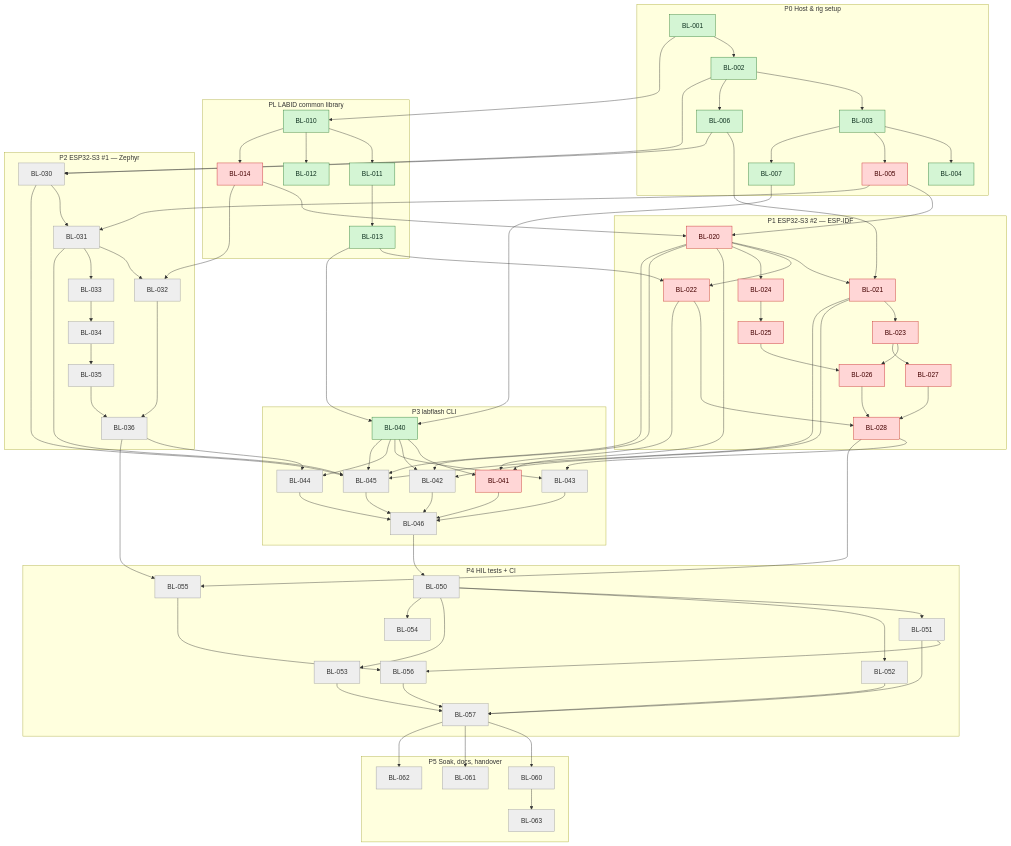
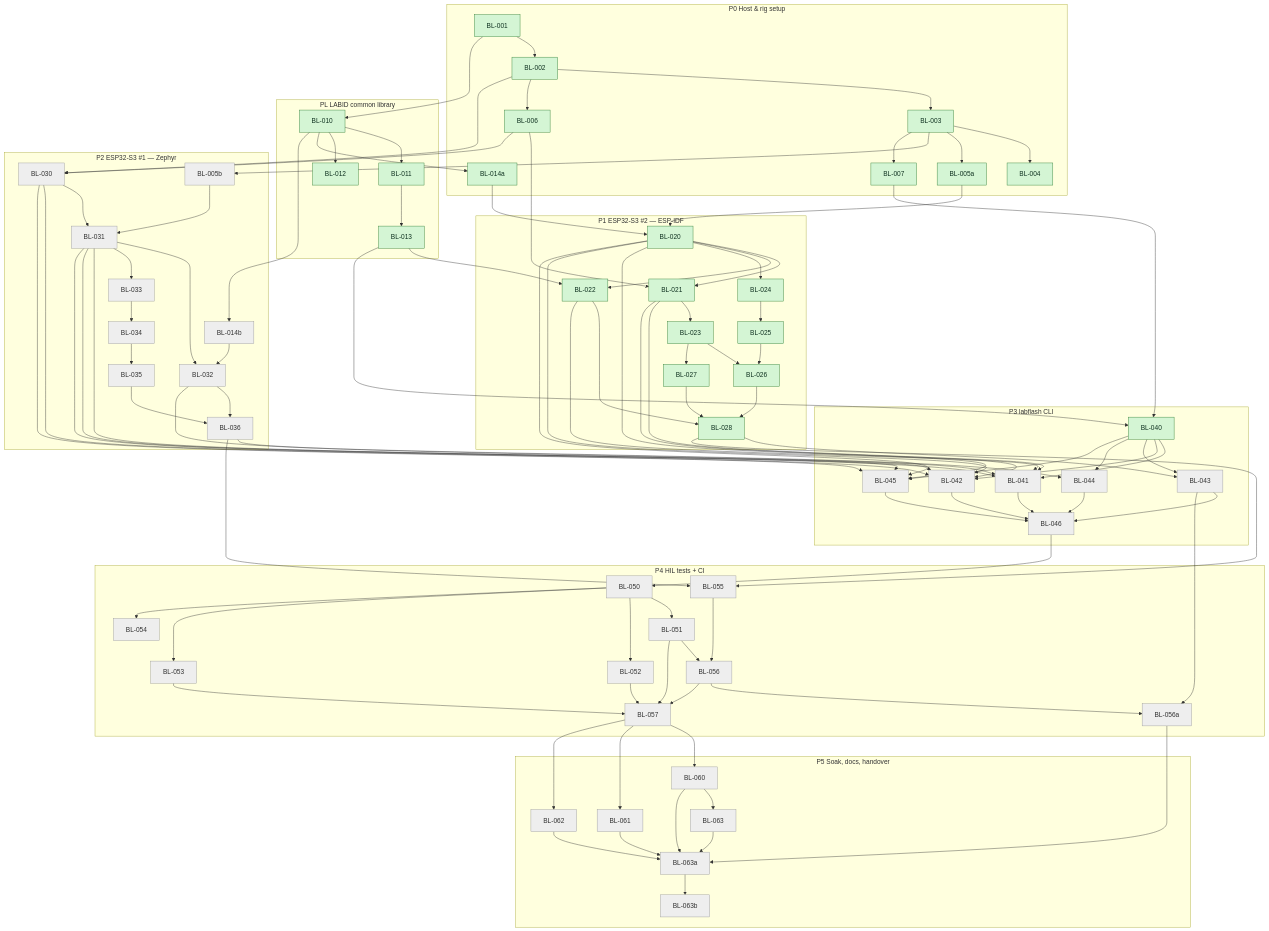
Before and after one commit to mohamed-soubhi/bootlab-esp: the third of 3 diagrams in tickets/TICKETS.md, drawn with Mermaid. The commit also changed other lines of this file and 8 other files, not shown here.

```diff
--- a/tickets/TICKETS.md
+++ b/tickets/TICKETS.md
@@ -870,29 +1038,31 @@
         BL002["BL-002"]:::done
         BL003["BL-003"]:::done
         BL004["BL-004"]:::done
-        BL005["BL-005"]:::blocked
+        BL005a["BL-005a"]:::done
         BL006["BL-006"]:::done
         BL007["BL-007"]:::done
+        BL014a["BL-014a"]:::done
     end
     subgraph EL_g["PL LABID common library"]
         BL010["BL-010"]:::done
         BL011["BL-011"]:::done
         BL012["BL-012"]:::done
         BL013["BL-013"]:::done
-        BL014["BL-014"]:::blocked
     end
     subgraph E1_g["P1 ESP32-S3 #2 — ESP-IDF"]
-        BL020["BL-020"]:::blocked
-        BL021["BL-021"]:::blocked
-        BL022["BL-022"]:::blocked
-        BL023["BL-023"]:::blocked
-        BL024["BL-024"]:::blocked
-        BL025["BL-025"]:::blocked
-        BL026["BL-026"]:::blocked
-        BL027["BL-027"]:::blocked
-        BL028["BL-028"]:::blocked
+        BL020["BL-020"]:::done
+        BL021["BL-021"]:::done
+        BL022["BL-022"]:::done
+        BL023["BL-023"]:::done
+        BL024["BL-024"]:::done
+        BL025["BL-025"]:::done
+        BL026["BL-026"]:::done
+        BL027["BL-027"]:::done
+        BL028["BL-028"]:::done
     end
     subgraph E2_g["P2 ESP32-S3 #1 — Zephyr"]
+        BL005b["BL-005b"]:::todo
+        BL014b["BL-014b"]:::todo
         BL030["BL-030"]:::todo
         BL031["BL-031"]:::todo
         BL032["BL-032"]:::todo
@@ -903,7 +1073,7 @@
     end
     subgraph E3_g["P3 labflash CLI"]
         BL040["BL-040"]:::done
-        BL041["BL-041"]:::blocked
+        BL041["BL-041"]:::todo
         BL042["BL-042"]:::todo
         BL043["BL-043"]:::todo
         BL044["BL-044"]:::todo
@@ -918,6 +1088,7 @@
         BL054["BL-054"]:::todo
         BL055["BL-055"]:::todo
         BL056["BL-056"]:::todo
+        BL056a["BL-056a"]:::todo
         BL057["BL-057"]:::todo
     end
     subgraph E5_g["P5 Soak, docs, handover"]
@@ -925,20 +1096,24 @@
         BL061["BL-061"]:::todo
         BL062["BL-062"]:::todo
         BL063["BL-063"]:::todo
+        BL063a["BL-063a"]:::todo
+        BL063b["BL-063b"]:::todo
     end
     BL001 --> BL002
     BL002 --> BL003
     BL003 --> BL004
-    BL003 --> BL005
+    BL003 --> BL005a
+    BL003 --> BL005b
     BL002 --> BL006
     BL003 --> BL007
     BL001 --> BL010
     BL010 --> BL011
     BL010 --> BL012
     BL011 --> BL013
-    BL010 --> BL014
-    BL005 --> BL020
-    BL014 --> BL020
+    BL010 --> BL014a
+    BL010 --> BL014b
+    BL005a --> BL020
+    BL014a --> BL020
     BL020 --> BL021
     BL006 --> BL021
     BL020 --> BL022
@@ -955,9 +1130,9 @@
     BL002 --> BL030
     BL006 --> BL030
     BL030 --> BL031
-    BL005 --> BL031
+    BL005b --> BL031
     BL031 --> BL032
-    BL014 --> BL032
+    BL014b --> BL032
     BL031 --> BL033
     BL033 --> BL034
     BL034 --> BL035
@@ -968,9 +1143,13 @@
     BL040 --> BL041
     BL020 --> BL041
     BL022 --> BL041
+    BL031 --> BL041
+    BL032 --> BL041
     BL040 --> BL042
     BL020 --> BL042
     BL021 --> BL042
+    BL030 --> BL042
+    BL031 --> BL042
     BL040 --> BL043
     BL028 --> BL043
     BL040 --> BL044
@@ -994,6 +1173,8 @@
     BL036 --> BL055
     BL055 --> BL056
     BL051 --> BL056
+    BL043 --> BL056a
+    BL056 --> BL056a
     BL051 --> BL057
     BL052 --> BL057
     BL053 --> BL057
@@ -1002,6 +1183,12 @@
     BL057 --> BL061
     BL057 --> BL062
     BL060 --> BL063
+    BL060 --> BL063a
+    BL061 --> BL063a
+    BL062 --> BL063a
+    BL063 --> BL063a
+    BL056a --> BL063a
+    BL063a --> BL063b
     classDef todo fill:#eeeeee,stroke:#999,color:#333
     classDef doing fill:#cfe3ff,stroke:#2f6fdb,color:#123
     classDef blocked fill:#ffd6d6,stroke:#c62828,color:#400
```
